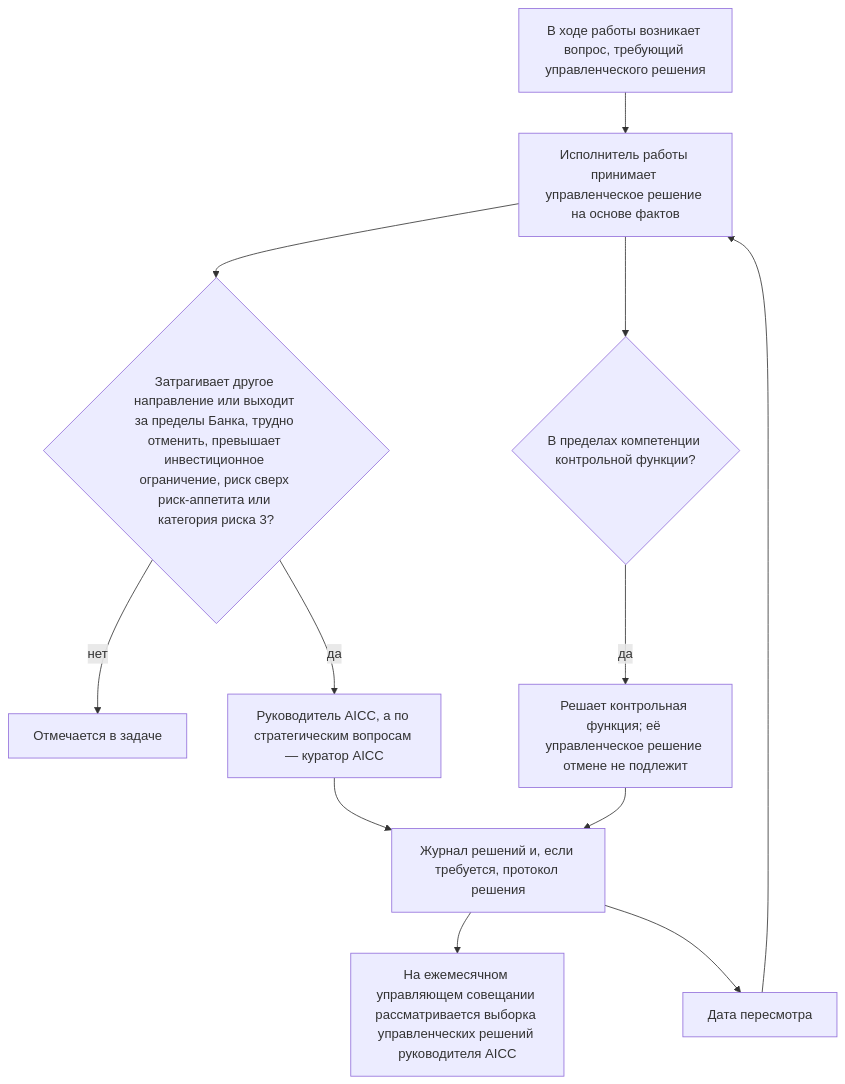
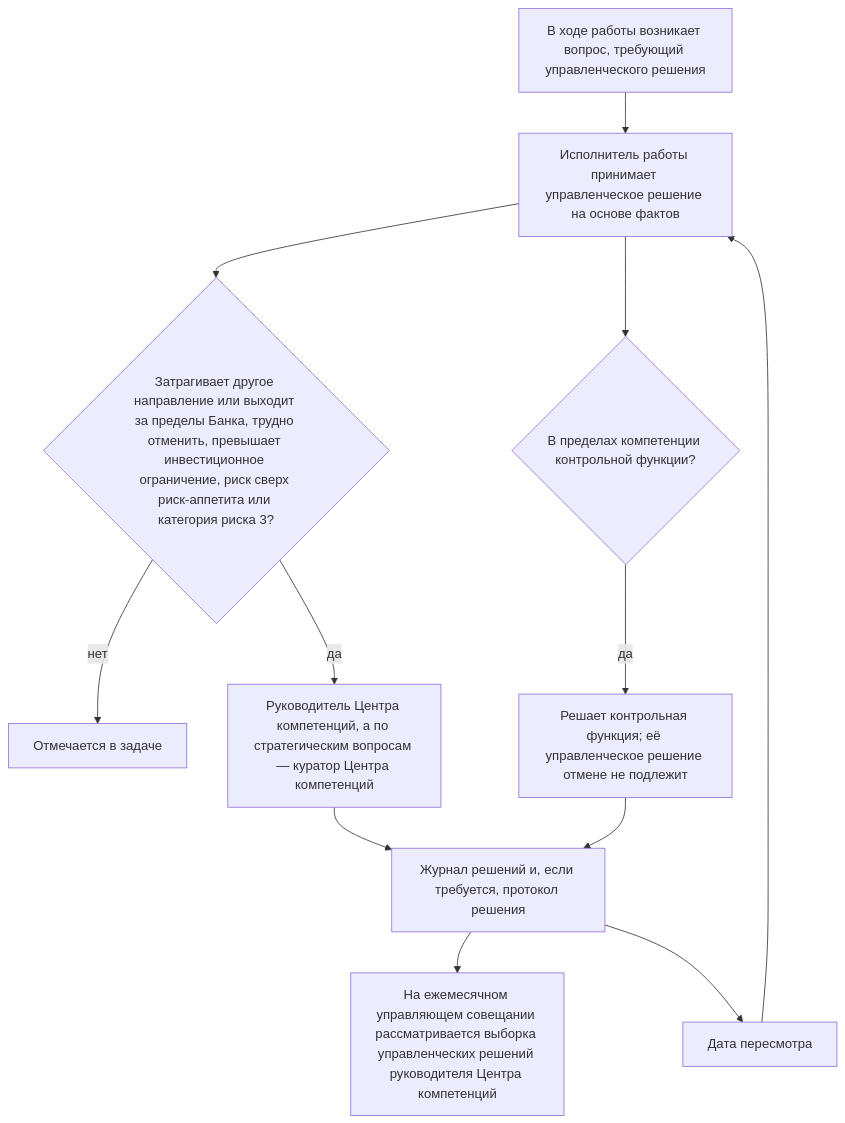
Before and after one commit to devhogu/ob-aicc: the first of 8 diagrams in charter/ru/documents/operating-model.md, drawn with Mermaid. The commit also changed other lines of this file and 1149 other files, not shown here.

````diff
--- a/charter/ru/documents/operating-model.md
+++ b/charter/ru/documents/operating-model.md
@@ -121,14 +121,14 @@
 ```mermaid
 flowchart TB
   A["В ходе работы возникает вопрос, требующий управленческого решения"] --> B["Исполнитель работы принимает управленческое решение на основе фактов"]
   B --> C{"Затрагивает другое направление или выходит за пределы Банка, трудно отменить, превышает инвестиционное ограничение, риск сверх риск-аппетита или категория риска 3?"}
   C -->|нет| D["Отмечается в задаче"]
-  C -->|да| E["Руководитель AICC, а по стратегическим вопросам — куратор AICC"]
+  C -->|да| E["Руководитель Центра компетенций, а по стратегическим вопросам — куратор Центра компетенций"]
   B --> G{"В пределах компетенции контрольной функции?"}
   G -->|да| H["Решает контрольная функция; её управленческое решение отмене не подлежит"]
   E --> F["Журнал решений и, если требуется, протокол решения"]
   H --> F
-  F --> S["На ежемесячном управляющем совещании рассматривается выборка управленческих решений руководителя AICC"]
+  F --> S["На ежемесячном управляющем совещании рассматривается выборка управленческих решений руководителя Центра компетенций"]
   F --> R["Дата пересмотра"]
   R --> B
 ```
````
